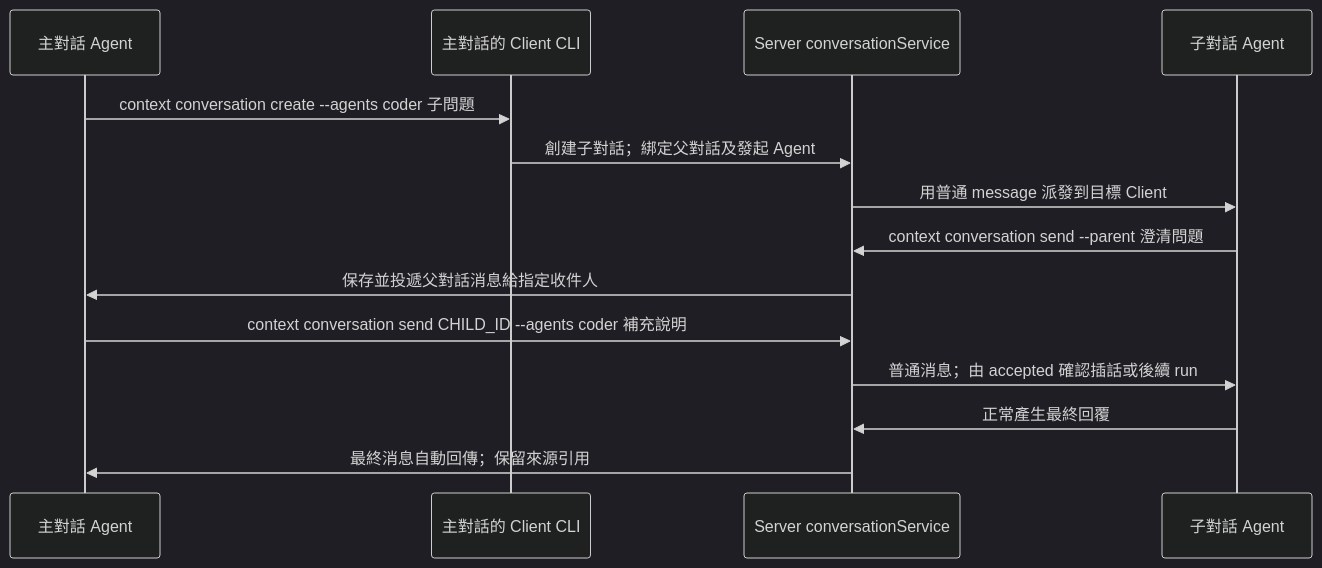
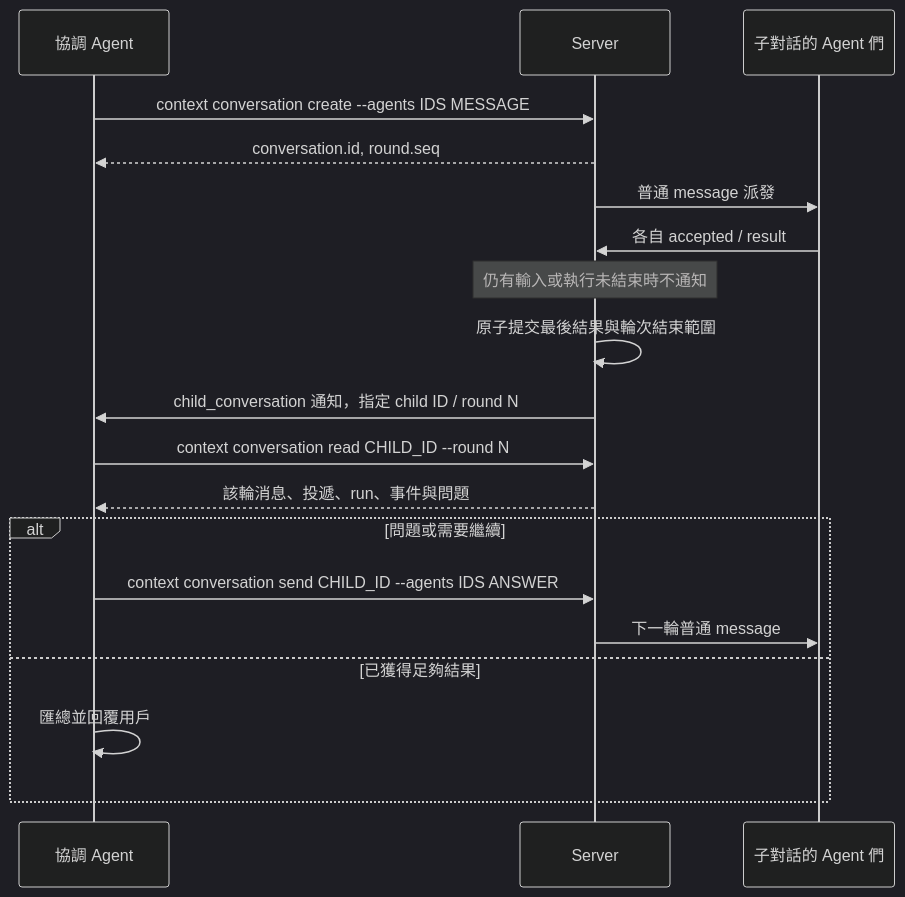
The diagram in designs/v3/server-conversation-nest.md (memory-co/agentuse), drawn with Mermaid (dark theme) before and after one commit. The commit also changed other lines of this file and 57 other files, not shown here.

First line of the commit message:
Notify coordinators when child conversation rounds finish

````diff
--- a/designs/v3/server-conversation-nest.md
+++ b/designs/v3/server-conversation-nest.md
@@ -11,16 +11,21 @@
 ```mermaid
 sequenceDiagram
-    participant P as 主對話 Agent
-    participant PC as 主對話的 Client CLI
-    participant S as Server conversationService
-    participant C as 子對話 Agent
-    P->>PC: context conversation create --agents coder 子問題
-    PC->>S: 創建子對話；綁定父對話及發起 Agent
-    S->>C: 用普通 message 派發到目標 Client
-    C->>S: context conversation send --parent 澄清問題
-    S->>P: 保存並投遞父對話消息給指定收件人
-    P->>S: context conversation send CHILD_ID --agents coder 補充說明
-    S->>C: 普通消息；由 accepted 確認插話或後續 run
-    C->>S: 正常產生最終回覆
-    S->>P: 最終消息自動回傳；保留來源引用
+    participant P as 協調 Agent
+    participant S as Server
+    participant C as 子對話的 Agent 們
+    P->>S: context conversation create --agents IDS MESSAGE
+    S-->>P: conversation.id, round.seq
+    S->>C: 普通 message 派發
+    C->>S: 各自 accepted / result
+    Note over S: 仍有輸入或執行未結束時不通知
+    S->>S: 原子提交最後結果與輪次結束範圍
+    S->>P: child_conversation 通知，指定 child ID / round N
+    P->>S: context conversation read CHILD_ID --round N
+    S-->>P: 該輪消息、投遞、run、事件與問題
+    alt 問題或需要繼續
+        P->>S: context conversation send CHILD_ID --agents IDS ANSWER
+        S->>C: 下一輪普通 message
+    else 已獲得足夠結果
+        P->>P: 匯總並回覆用戶
+    end
 ```
````
